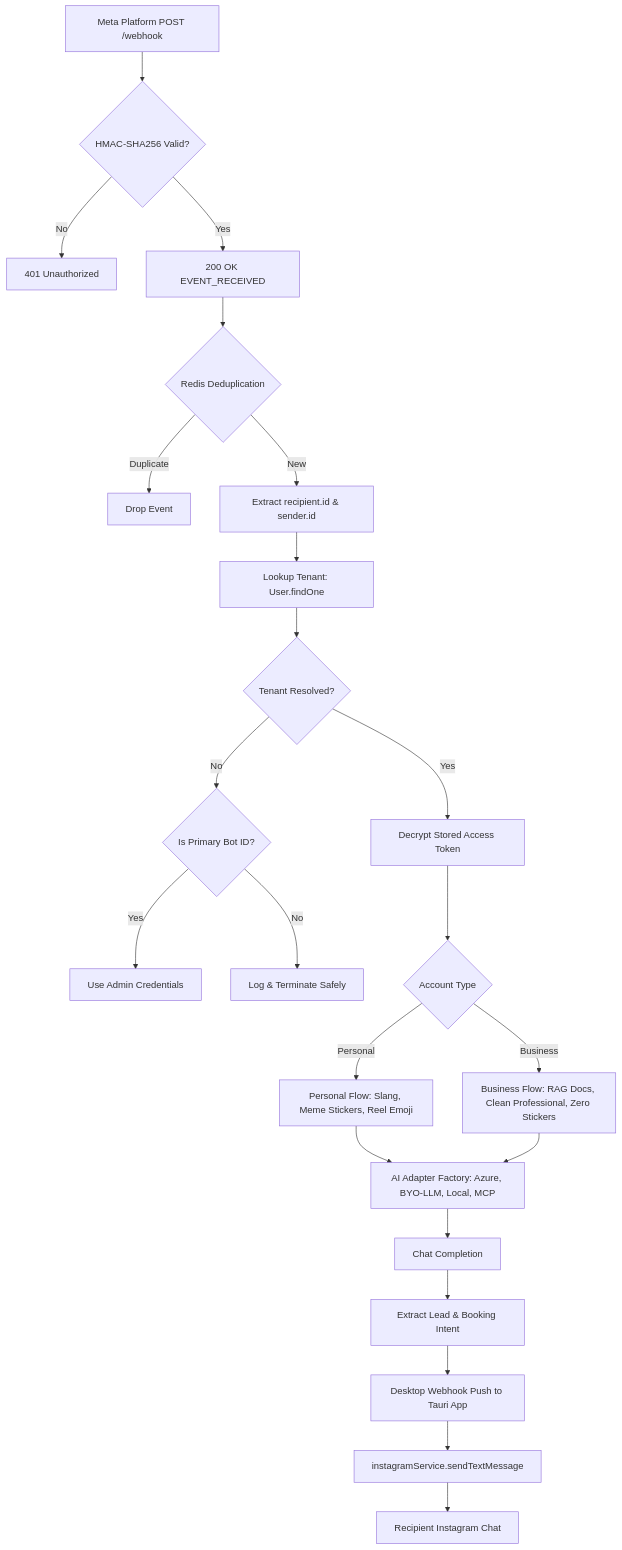
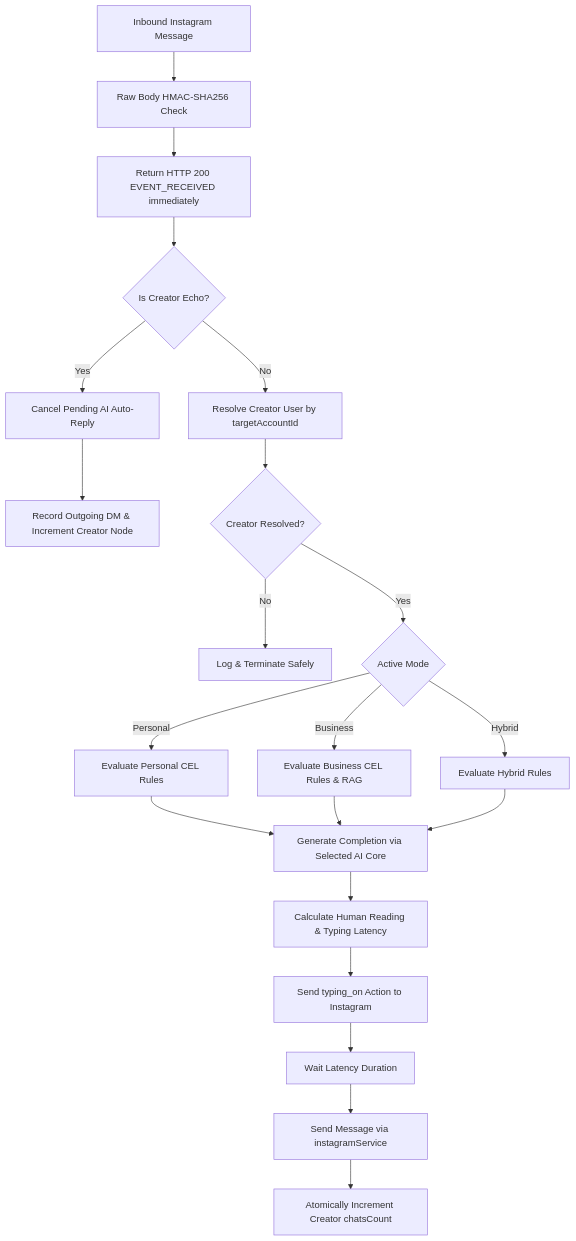
The fourth of 5 diagrams in PLAN.md (samjoshua2002/instagram), drawn with Mermaid before and after one commit. The commit also changed other lines of this file, not shown here.

Commit message:
refactor: condense PLAN.md into an autonomous multi-tenant Instagram SaaS blueprint

````diff
--- a/PLAN.md
+++ b/PLAN.md
@@ -165,31 +296,28 @@
 ```mermaid
 flowchart TD
-    MetaWebhook[Meta Platform POST /webhook] --> SigCheck{HMAC-SHA256 Valid?}
-    SigCheck -->|No| Reject[401 Unauthorized]
-    SigCheck -->|Yes| Ack[200 OK EVENT_RECEIVED]
+    Inbound[Inbound Instagram Message] --> RawCheck[Raw Body HMAC-SHA256 Check]
+    RawCheck --> Ack[Return HTTP 200 EVENT_RECEIVED immediately]
+    Ack --> EchoCheck{Is Creator Echo?}
     
-    Ack --> Dedupe{Redis Deduplication}
-    Dedupe -->|Duplicate| Drop[Drop Event]
-    Dedupe -->|New| Parse[Extract recipient.id & sender.id]
+    EchoCheck -->|Yes| CancelTimer[Cancel Pending AI Auto-Reply]
+    CancelTimer --> RecordOut[Record Outgoing DM & Increment Creator Node]
     
-    Parse --> ResolveTenant[Lookup Tenant: User.findOne]
-    ResolveTenant --> TenantFound{Tenant Resolved?}
-    TenantFound -->|No| CheckPrimary{Is Primary Bot ID?}
-    CheckPrimary -->|Yes| AdminTenant[Use Admin Credentials]
-    CheckPrimary -->|No| AuditFail[Log & Terminate Safely]
+    EchoCheck -->|No| TenantLookup[Resolve Creator User by targetAccountId]
+    TenantLookup --> TenantValid{Creator Resolved?}
+    TenantValid -->|No| SafeDrop[Log & Terminate Safely]
     
-    TenantFound -->|Yes| DecryptToken[Decrypt Stored Access Token]
-    DecryptToken --> RoutePolicy{Account Type}
+    TenantValid -->|Yes| ModeCheck{Active Mode}
+    ModeCheck -->|Personal| PersonalRules[Evaluate Personal CEL Rules]
+    ModeCheck -->|Business| BusinessRules[Evaluate Business CEL Rules & RAG]
+    ModeCheck -->|Hybrid| HybridRules[Evaluate Hybrid Rules]
     
-    RoutePolicy -->|Personal| PersonalPipeline[Personal Flow: Slang, Meme Stickers, Reel Emoji]
-    RoutePolicy -->|Business| BusinessPipeline[Business Flow: RAG Docs, Clean Professional, Zero Stickers]
+    PersonalRules --> GenReply[Generate Completion via Selected AI Core]
+    BusinessRules --> GenReply
+    HybridRules --> GenReply
     
-    PersonalPipeline --> AIAdapter[AI Adapter Factory: Azure, BYO-LLM, Local, MCP]
-    BusinessPipeline --> AIAdapter
-    
-    AIAdapter --> GenReply[Chat Completion]
-    GenReply --> AnalyticsHook[Extract Lead & Booking Intent]
-    AnalyticsHook --> PushDispatch[Desktop Webhook Push to Tauri App]
-    PushDispatch --> Send[instagramService.sendTextMessage]
-    Send --> TargetIG[Recipient Instagram Chat]
+    GenReply --> CadenceCalc[Calculate Human Reading & Typing Latency]
+    CadenceCalc --> TypeAction[Send typing_on Action to Instagram]
+    TypeAction --> SleepDelay[Wait Latency Duration]
+    SleepDelay --> DispatchMsg[Send Message via instagramService]
+    DispatchMsg --> NodeInc[Atomically Increment Creator chatsCount]
 ```
````
